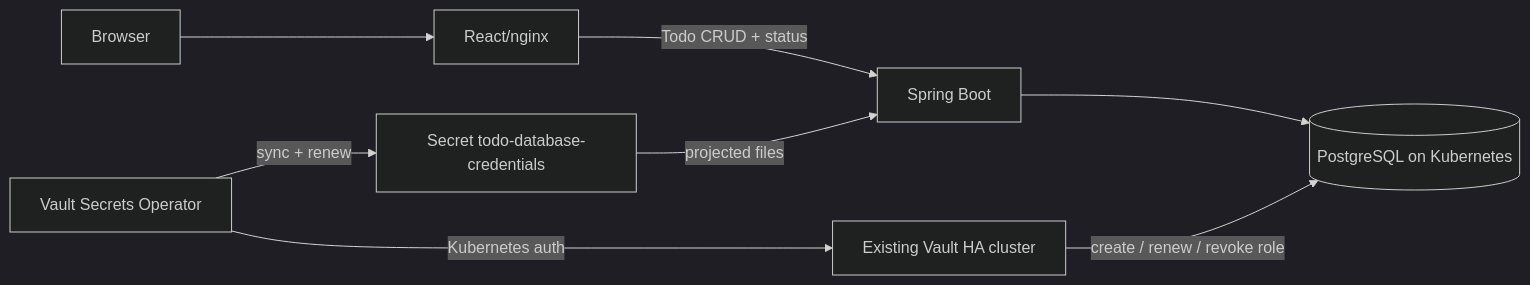
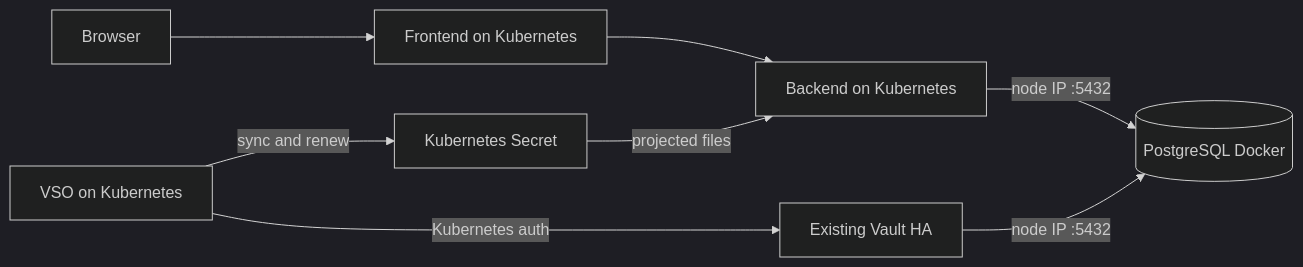
Before and after one commit to MaDuzzz/k8s-vault-demo: the diagram in README.md, drawn with Mermaid (dark theme). The commit also changed other lines of this file and 14 other files, not shown here.

````diff
--- a/README.md
+++ b/README.md
@@ -15,10 +13,10 @@
 ```mermaid
 flowchart LR
-    U[Browser] --> F[React/nginx]
-    F -->|Todo CRUD + status| B[Spring Boot]
-    S[Secret todo-database-credentials] -->|projected files| B
-    B --> P[(PostgreSQL on Kubernetes)]
-    O[Vault Secrets Operator] -->|Kubernetes auth| V[Existing Vault HA cluster]
-    O -->|sync + renew| S
-    V -->|create / renew / revoke role| P
+    U[Browser] --> F[Frontend on Kubernetes]
+    F --> B[Backend on Kubernetes]
+    S[Kubernetes Secret] -->|projected files| B
+    B -->|node IP :5432| P[(PostgreSQL Docker)]
+    O[VSO on Kubernetes] -->|Kubernetes auth| V[Existing Vault HA]
+    O -->|sync and renew| S
+    V -->|node IP :5432| P
 ```
````
